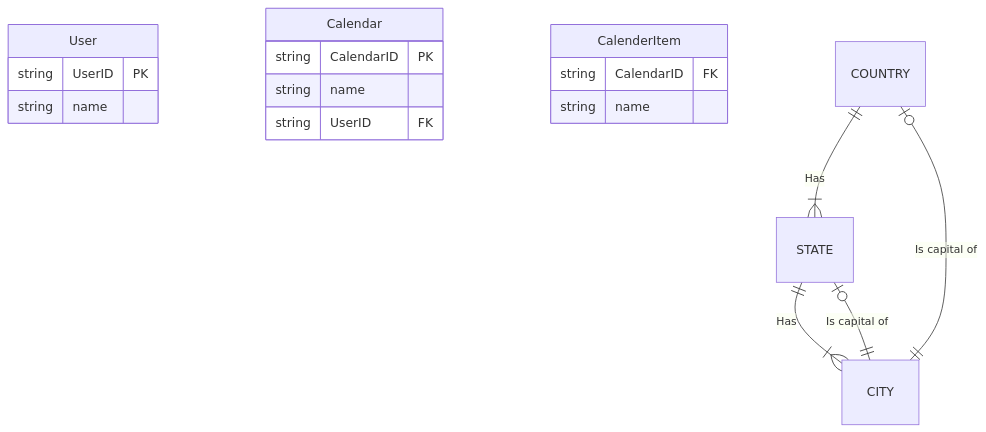
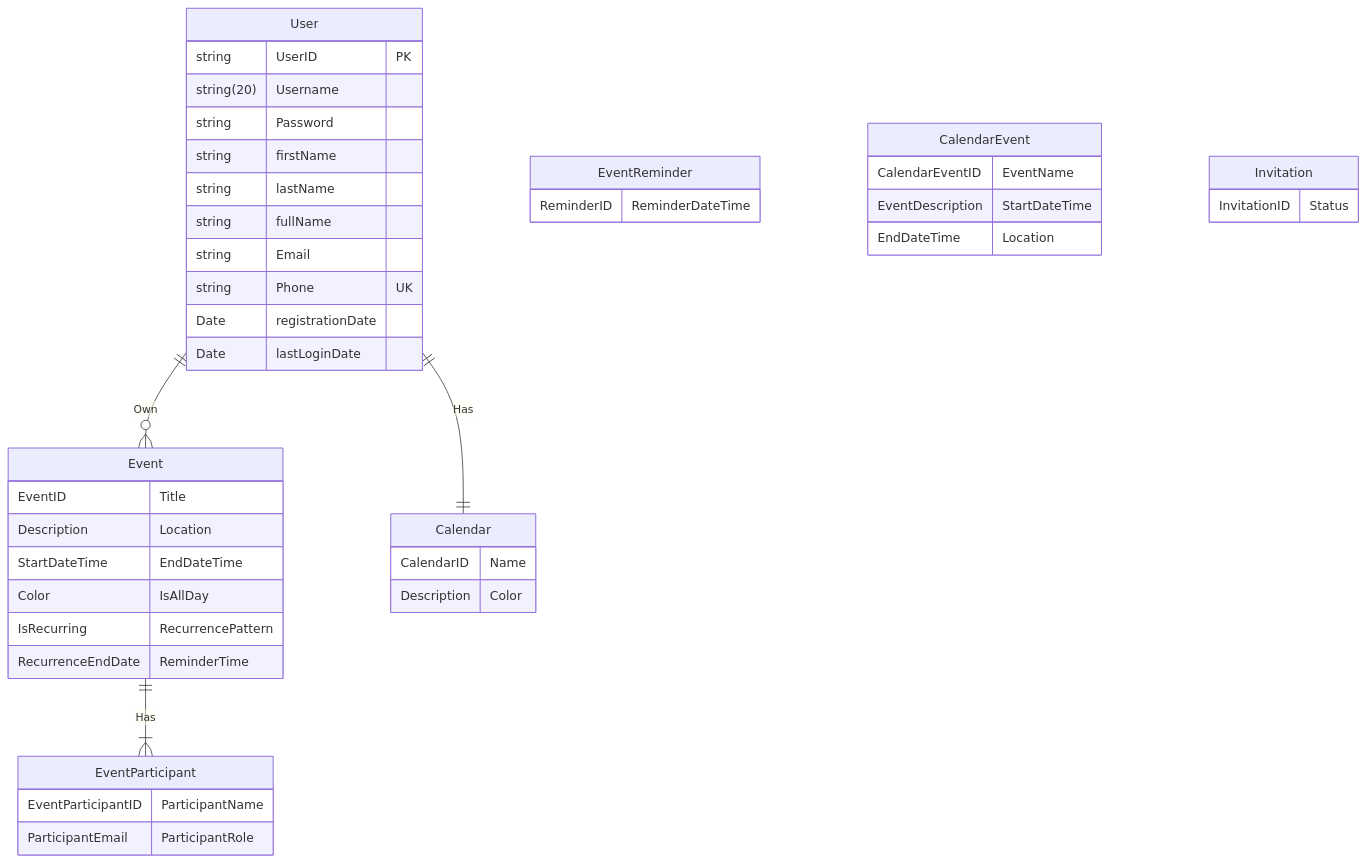
The diagram in README.md (MatthewMckee4/TimeFrame), drawn with Mermaid before and after one commit.

Commit message:
inital ER Diagram changes

````diff
--- a/README.md
+++ b/README.md
@@ -5,20 +5,73 @@
 ```mermaid
 erDiagram
-    User {
-        string UserID PK
-        string name
-    }
-    Calendar {
-        string CalendarID PK
-        string name
-        string UserID FK
-    }
-    CalenderItem {
-        string CalendarID FK
-        string name
-    }
-    COUNTRY ||--|{ STATE : "Has"
-    STATE ||--|{ CITY : "Has"
-    CITY ||--o| STATE : "Is capital of"
-    CITY ||--o| COUNTRY : "Is capital of"
+  User {
+    string UserID PK
+    string(20) Username
+    string Password
+    string firstName
+    string lastName
+    string fullName
+    string Email
+    string Phone UK
+    Date registrationDate
+    Date lastLoginDate
+    
+  }
+
+  Event {
+    EventID
+    Title
+    Description
+    Location
+    StartDateTime
+    EndDateTime
+    Color
+    IsAllDay
+    IsRecurring
+    RecurrencePattern
+    RecurrenceEndDate
+    ReminderTime
+  }
+
+  EventParticipant {
+    EventParticipantID
+    ParticipantName
+    ParticipantEmail
+    ParticipantRole
+}
+  EventReminder{
+    ReminderID
+    ReminderDateTime
+  }
+
+  Calendar{
+    CalendarID
+    Name
+    Description
+    Color
+  }
+
+  CalendarEvent {
+    CalendarEventID
+    EventName
+    EventDescription
+    StartDateTime
+    EndDateTime
+    Location
+}
+
+  Invitation {
+    InvitationID
+    Status
+  }
+
+  User ||--o{ Event : Own
+
+  User ||--|| Calendar : Has
+
+  Event ||--|{ EventParticipant: Has
+
+
+
+
 ```
````
